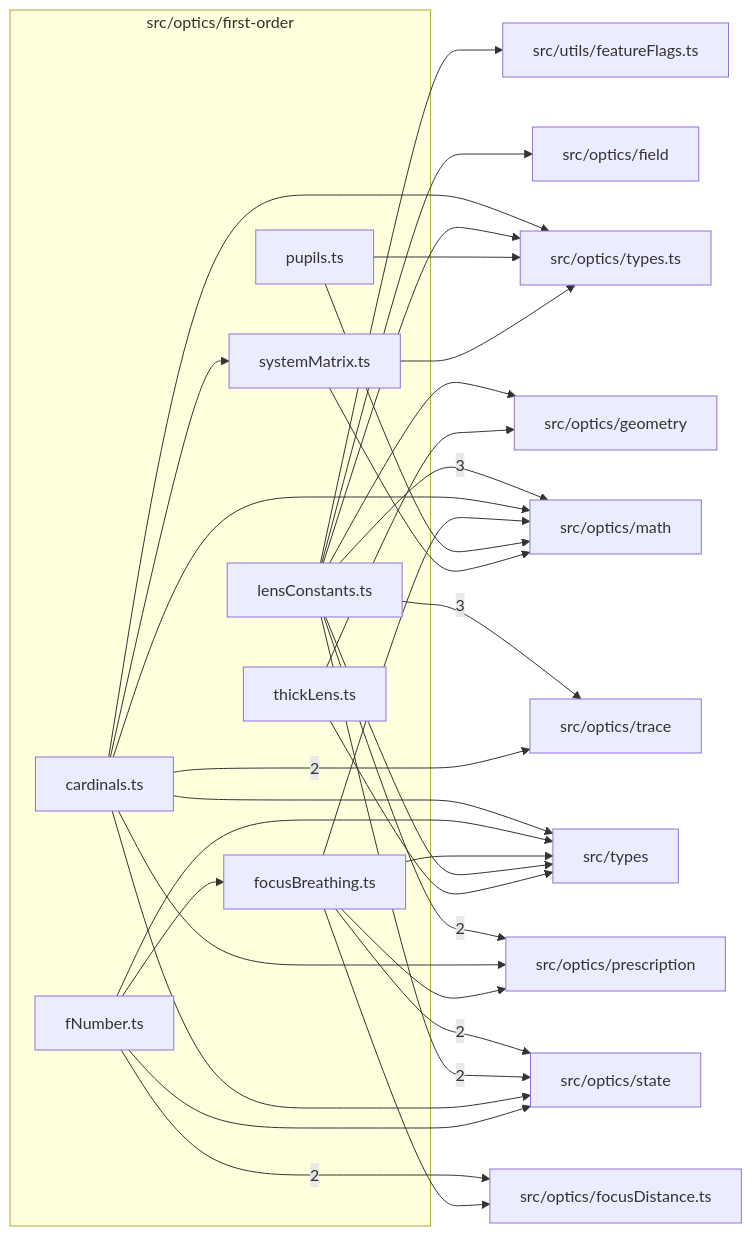
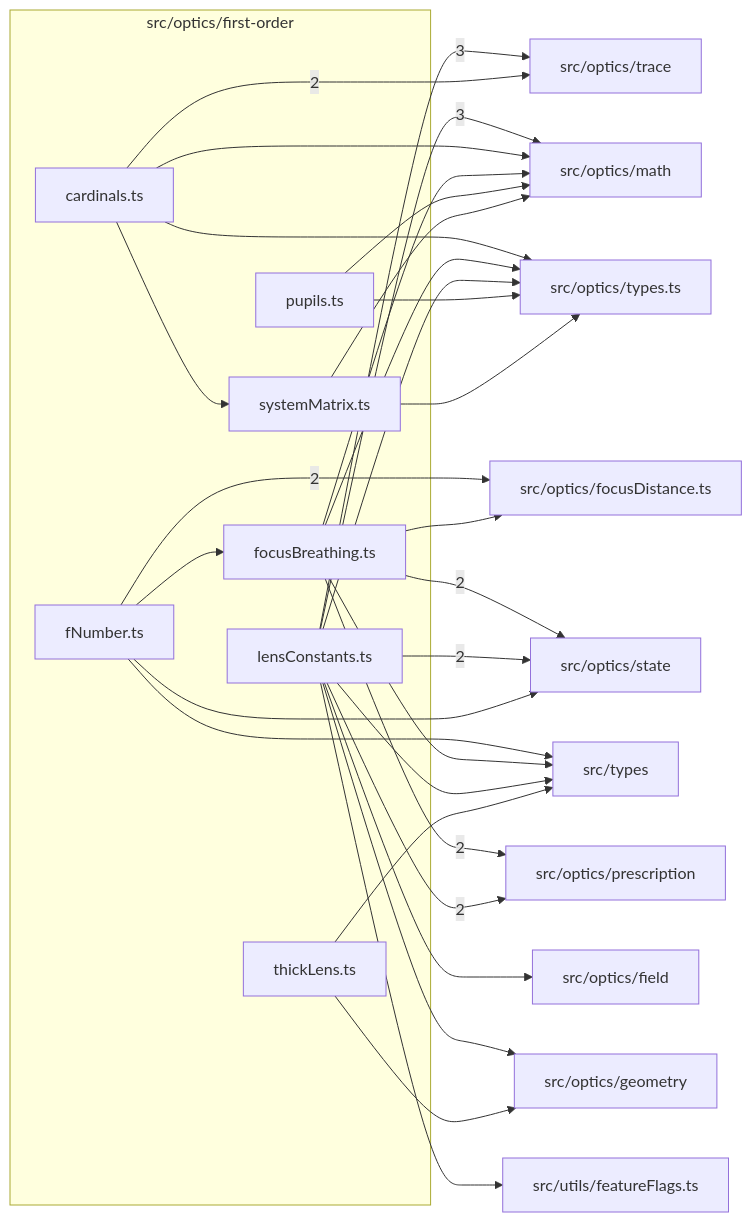
Before and after one commit to ronbuening/LensVisualizer: the diagram in src/optics/first-order/readme.md, drawn with Mermaid. The commit also changed other lines of this file and 51 other files, not shown here.

Commit message:
S7.P2.T1 Summary, cardinals, breathing and group movement on AnalysisRequest

````diff
--- a/src/optics/first-order/readme.md
+++ b/src/optics/first-order/readme.md
@@ -9,53 +9,51 @@
 ```mermaid
 flowchart LR
   subgraph n_src_optics_first_order["src/optics/first-order"]
     n_src_optics_first_order_src_optics_first_order_cardinals_ts["cardinals.ts"]
     n_src_optics_first_order_src_optics_first_order_fNumber_ts["fNumber.ts"]
     n_src_optics_first_order_src_optics_first_order_focusBreathing_ts["focusBreathing.ts"]
     n_src_optics_first_order_src_optics_first_order_lensConstants_ts["lensConstants.ts"]
     n_src_optics_first_order_src_optics_first_order_pupils_ts["pupils.ts"]
     n_src_optics_first_order_src_optics_first_order_systemMatrix_ts["systemMatrix.ts"]
     n_src_optics_first_order_src_optics_first_order_thickLens_ts["thickLens.ts"]
   end
   n_external_src_optics_math["src/optics/math"]
   n_external_src_optics_trace["src/optics/trace"]
   n_external_src_optics_focusDistance_ts["src/optics/focusDistance.ts"]
   n_external_src_optics_prescription["src/optics/prescription"]
   n_external_src_optics_state["src/optics/state"]
   n_external_src_optics_field["src/optics/field"]
   n_external_src_optics_geometry["src/optics/geometry"]
   n_external_src_optics_types_ts["src/optics/types.ts"]
   n_external_src_types["src/types"]
   n_external_src_utils_featureFlags_ts["src/utils/featureFlags.ts"]
   n_src_optics_first_order_src_optics_first_order_lensConstants_ts --> |3| n_external_src_optics_math
   n_src_optics_first_order_src_optics_first_order_lensConstants_ts --> |3| n_external_src_optics_trace
   n_src_optics_first_order_src_optics_first_order_fNumber_ts --> |2| n_external_src_optics_focusDistance_ts
+  n_src_optics_first_order_src_optics_first_order_focusBreathing_ts --> |2| n_external_src_optics_prescription
   n_src_optics_first_order_src_optics_first_order_lensConstants_ts --> |2| n_external_src_optics_prescription
   n_src_optics_first_order_src_optics_first_order_focusBreathing_ts --> |2| n_external_src_optics_state
   n_src_optics_first_order_src_optics_first_order_lensConstants_ts --> |2| n_external_src_optics_state
   n_src_optics_first_order_src_optics_first_order_cardinals_ts --> |2| n_external_src_optics_trace
   n_src_optics_first_order_src_optics_first_order_lensConstants_ts --> n_external_src_optics_field
   n_src_optics_first_order_src_optics_first_order_focusBreathing_ts --> n_external_src_optics_focusDistance_ts
   n_src_optics_first_order_src_optics_first_order_lensConstants_ts --> n_external_src_optics_geometry
   n_src_optics_first_order_src_optics_first_order_thickLens_ts --> n_external_src_optics_geometry
   n_src_optics_first_order_src_optics_first_order_cardinals_ts --> n_external_src_optics_math
   n_src_optics_first_order_src_optics_first_order_focusBreathing_ts --> n_external_src_optics_math
   n_src_optics_first_order_src_optics_first_order_pupils_ts --> n_external_src_optics_math
   n_src_optics_first_order_src_optics_first_order_systemMatrix_ts --> n_external_src_optics_math
-  n_src_optics_first_order_src_optics_first_order_cardinals_ts --> n_external_src_optics_prescription
-  n_src_optics_first_order_src_optics_first_order_focusBreathing_ts --> n_external_src_optics_prescription
-  n_src_optics_first_order_src_optics_first_order_cardinals_ts --> n_external_src_optics_state
   n_src_optics_first_order_src_optics_first_order_fNumber_ts --> n_external_src_optics_state
   n_src_optics_first_order_src_optics_first_order_cardinals_ts --> n_external_src_optics_types_ts
+  n_src_optics_first_order_src_optics_first_order_focusBreathing_ts --> n_external_src_optics_types_ts
   n_src_optics_first_order_src_optics_first_order_lensConstants_ts --> n_external_src_optics_types_ts
   n_src_optics_first_order_src_optics_first_order_pupils_ts --> n_external_src_optics_types_ts
   n_src_optics_first_order_src_optics_first_order_systemMatrix_ts --> n_external_src_optics_types_ts
-  n_src_optics_first_order_src_optics_first_order_cardinals_ts --> n_external_src_types
   n_src_optics_first_order_src_optics_first_order_fNumber_ts --> n_external_src_types
   n_src_optics_first_order_src_optics_first_order_focusBreathing_ts --> n_external_src_types
   n_src_optics_first_order_src_optics_first_order_lensConstants_ts --> n_external_src_types
   n_src_optics_first_order_src_optics_first_order_thickLens_ts --> n_external_src_types
   n_src_optics_first_order_src_optics_first_order_lensConstants_ts --> n_external_src_utils_featureFlags_ts
   n_src_optics_first_order_src_optics_first_order_fNumber_ts --> n_src_optics_first_order_src_optics_first_order_focusBreathing_ts
   n_src_optics_first_order_src_optics_first_order_cardinals_ts --> n_src_optics_first_order_src_optics_first_order_systemMatrix_ts
 ```
````
